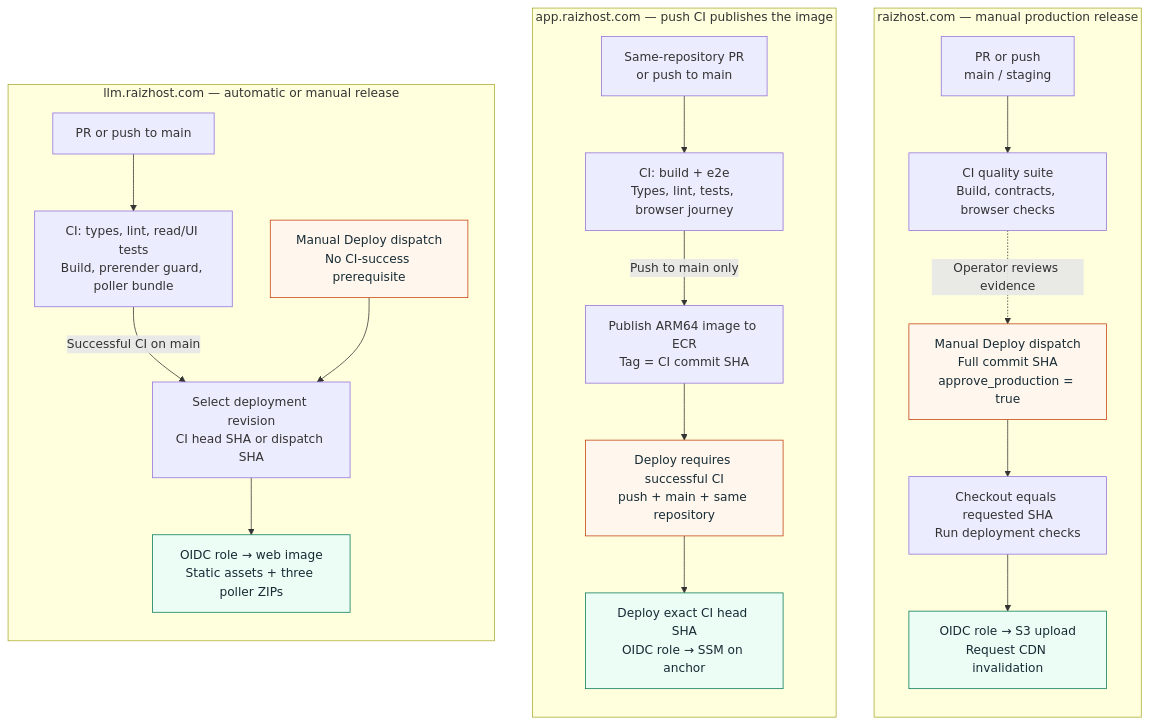
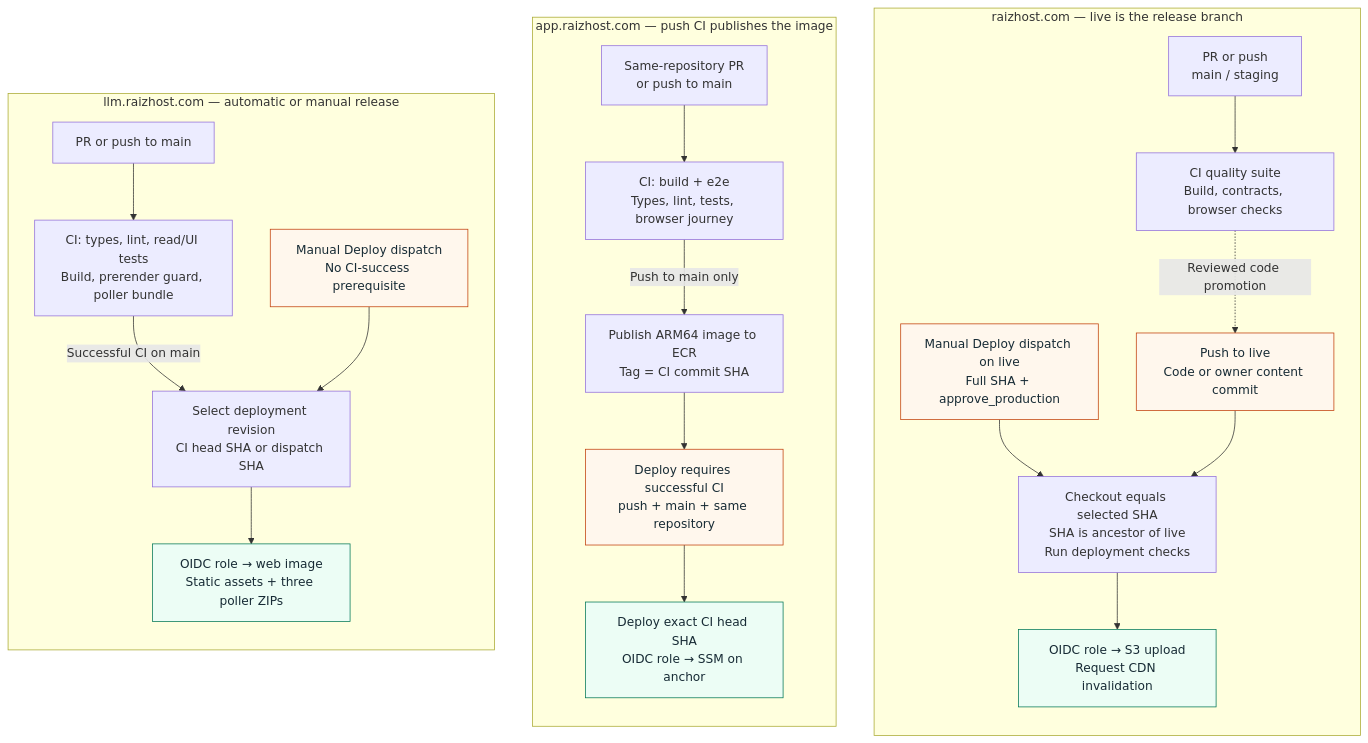
The diagram in diagrams/ci-cd-flow.mmd (JadenRazo/raizhost-architecture), drawn with Mermaid before and after one commit. The commit also changed 37 other files, not shown here.

Commit message:
docs: reconcile architecture diagrams with live serving paths

```diff
--- a/diagrams/ci-cd-flow.mmd
+++ b/diagrams/ci-cd-flow.mmd
@@ -1,29 +1,30 @@
 flowchart TB
-  subgraph marketing["raizhost.com — manual production release"]
+  subgraph marketing["raizhost.com — live is the release branch"]
     direction TB
     mchange["PR or push<br/>main / staging"] --> mci["CI quality suite<br/>Build, contracts, browser checks"]
-    mci -. "Operator reviews evidence" .-> dispatch["Manual Deploy dispatch<br/>Full commit SHA<br/>approve_production = true"]
-    dispatch --> mcheck["Checkout equals requested SHA<br/>Run deployment checks"]
+    mci -. "Reviewed code promotion" .-> release["Push to live<br/>Code or owner content commit"]
+    dispatch["Manual Deploy dispatch on live<br/>Full SHA + approve_production"] --> mcheck["Checkout equals selected SHA<br/>SHA is ancestor of live<br/>Run deployment checks"]
+    release --> mcheck
     mcheck --> mship["OIDC role → S3 upload<br/>Request CDN invalidation"]
   end
 
   subgraph portal["app.raizhost.com — push CI publishes the image"]
     direction TB
     pchange["Same-repository PR<br/>or push to main"] --> pchecks["CI: build + e2e<br/>Types, lint, tests, browser journey"]
     pchecks -->|"Push to main only"| image["Publish ARM64 image to ECR<br/>Tag = CI commit SHA"]
     image --> pgate["Deploy requires successful CI<br/>push + main + same repository"]
     pgate --> pship["Deploy exact CI head SHA<br/>OIDC role → SSM on anchor"]
   end
 
   subgraph tracker["llm.raizhost.com — automatic or manual release"]
     direction TB
     tchange["PR or push to main"] --> tci["CI: types, lint, read/UI tests<br/>Build, prerender guard, poller bundle"]
     tci -->|"Successful CI on main"| tsha["Select deployment revision<br/>CI head SHA or dispatch SHA"]
     manual["Manual Deploy dispatch<br/>No CI-success prerequisite"] --> tsha
     tsha --> tship["OIDC role → web image<br/>Static assets + three poller ZIPs"]
   end
 
   classDef decision fill:#fff7ed,stroke:#c2410c,color:#172b35
   classDef output fill:#ecfdf5,stroke:#047857,color:#172b35
-  class dispatch,manual,pgate decision
+  class dispatch,release,manual,pgate decision
   class mship,pship,tship output
```
